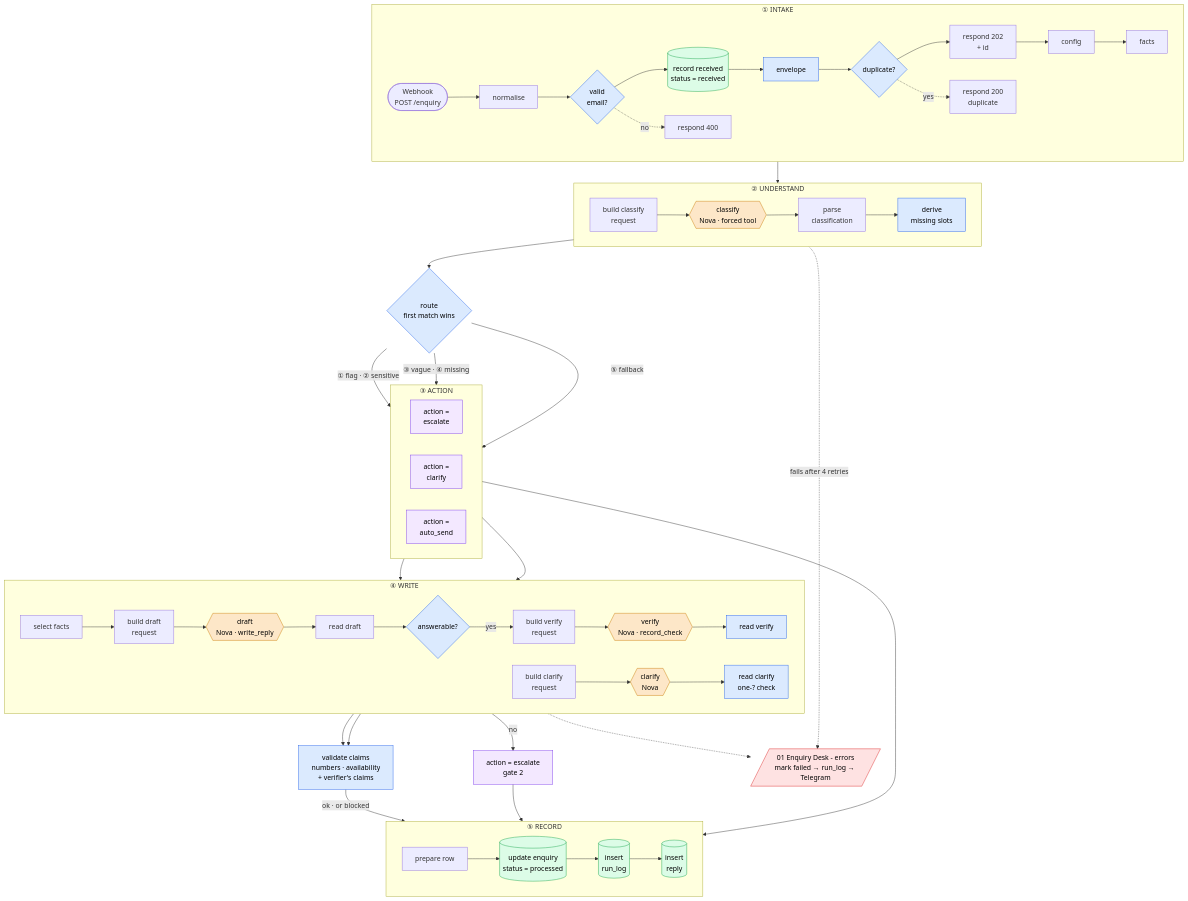
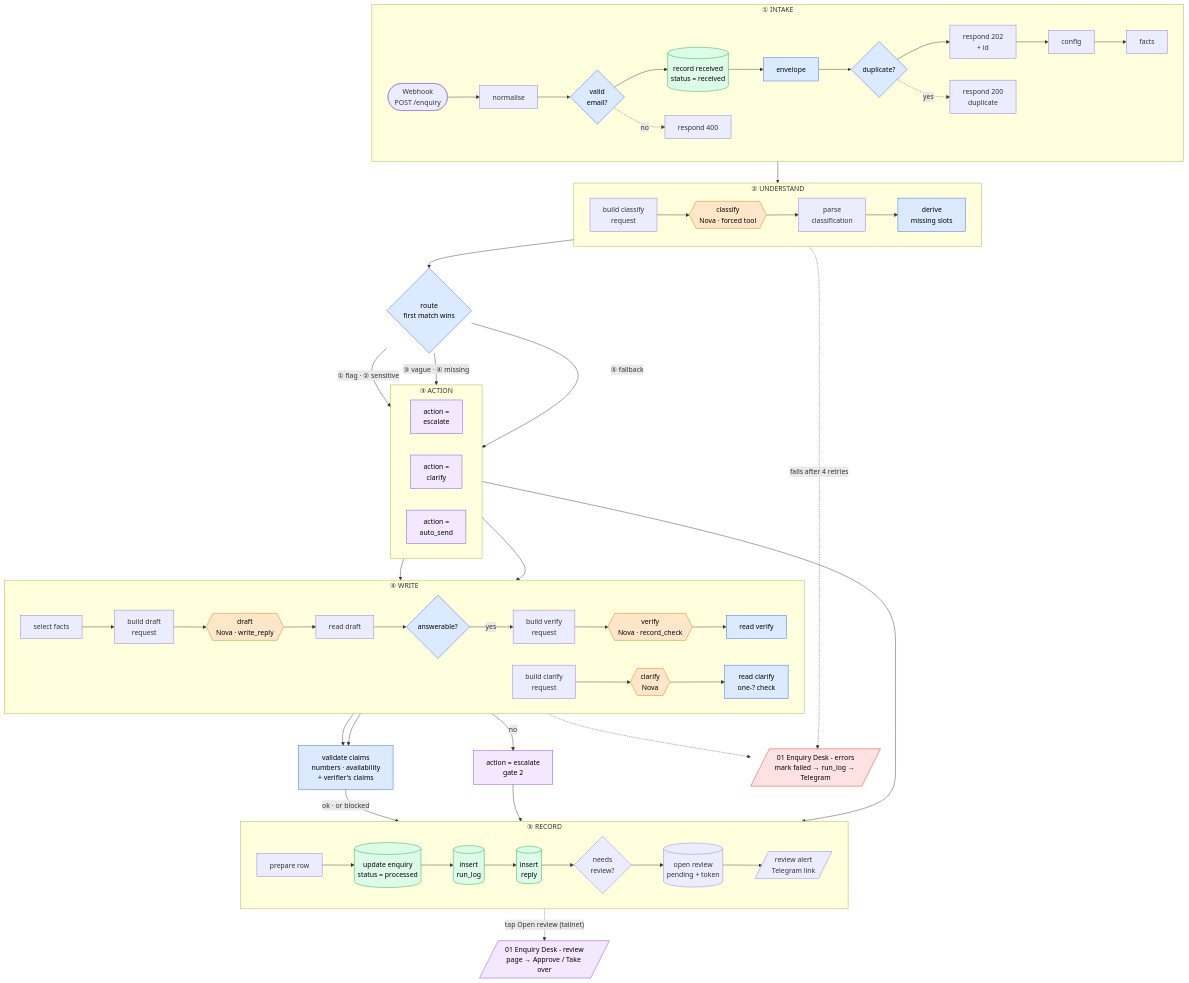
Before and after one commit to deeowemez/enquiry-desk: the diagram in STATE.md, drawn with Mermaid. The commit also changed other lines of this file and 6 other files, not shown here.

First line of the commit message:
Session 4: human review via Telegram link + tailnet review page

````diff
--- a/STATE.md
+++ b/STATE.md
@@ -34,68 +34,71 @@
 ```mermaid
 flowchart TB
   subgraph S1["① INTAKE"]
     direction LR
     W([Webhook<br/>POST /enquiry]) --> N[normalise] --> VE{valid<br/>email?} --> RR[(record received<br/>status = received)] --> EN[envelope] --> DU{duplicate?} --> OK[respond 202<br/>+ id] --> CFG[config] --> F[facts]
     VE -. no .-> R4[respond 400]
     DU -. yes .-> R2[respond 200<br/>duplicate]
   end
 
   subgraph S2["② UNDERSTAND"]
     direction LR
     BC[build classify<br/>request] --> C{{classify<br/>Nova · forced tool}} --> PC[parse<br/>classification] --> D[derive<br/>missing slots]
   end
 
   R{route<br/>first match wins}
 
   subgraph S3["③ ACTION"]
     direction LR
     E[action =<br/>escalate]
     Q[action =<br/>clarify]
     A[action =<br/>auto_send]
   end
 
   subgraph S4["④ WRITE"]
     direction LR
     SF[select facts] --> BD[build draft<br/>request] --> DR{{draft<br/>Nova · write_reply}} --> RD[read draft] --> G{answerable?}
     VB[build verify<br/>request] --> VF{{verify<br/>Nova · record_check}} --> VR[read verify]
     BQ[build clarify<br/>request] --> CL{{clarify<br/>Nova}} --> RQ[read clarify<br/>one-? check]
   end
 
   V[validate claims<br/>numbers · availability<br/>+ verifier's claims]
   E2[action = escalate<br/>gate 2]
 
   subgraph S5["⑤ RECORD"]
     direction LR
-    P[prepare row] --> IE[(update enquiry<br/>status = processed)] --> RL[(insert<br/>run_log)] --> RP[(insert<br/>reply)]
+    P[prepare row] --> IE[(update enquiry<br/>status = processed)] --> RL[(insert<br/>run_log)] --> RP[(insert<br/>reply)] --> NR{needs<br/>review?} --> OR[(open review<br/>pending + token)] --> TG[/review alert<br/>Telegram link/]
   end
 
   X[/"01 Enquiry Desk - errors<br/>mark failed → run_log → Telegram"/]
+  RV[/"01 Enquiry Desk - review<br/>page → Approve / Take over"/]
+  TG -. "tap Open review (tailnet)" .-> RV
 
   F --> BC
   D --> R
   R -- "① flag · ② sensitive" --> E
   R -- "③ vague · ④ missing" --> Q
   R -- "⑤ fallback" --> A
   A --> SF
   Q --> BQ
   G -- "yes" --> VB
   VR --> V
   G -- "no" --> E2
   RQ --> V
   V -- "ok · or blocked" --> P
   E --> P
   E2 --> P
   C -. "fails after 4 retries" .-> X
   DR -.-> X
 
   classDef model fill:#fde7c8,stroke:#c97a00,color:#000
   classDef code fill:#dbeafe,stroke:#2563eb,color:#000
   classDef db fill:#dcfce7,stroke:#16a34a,color:#000
   classDef act fill:#f3e8ff,stroke:#7c3aed,color:#000
   classDef gap fill:#fee2e2,stroke:#dc2626,color:#000
   class C,DR,CL,VF model
   class D,R,G,V,RQ,EN,VE,DU,VR code
   class RR,IE,RL,RP db
   class E,Q,A,E2 act
   class X gap
+  class RV act
 ```
````
